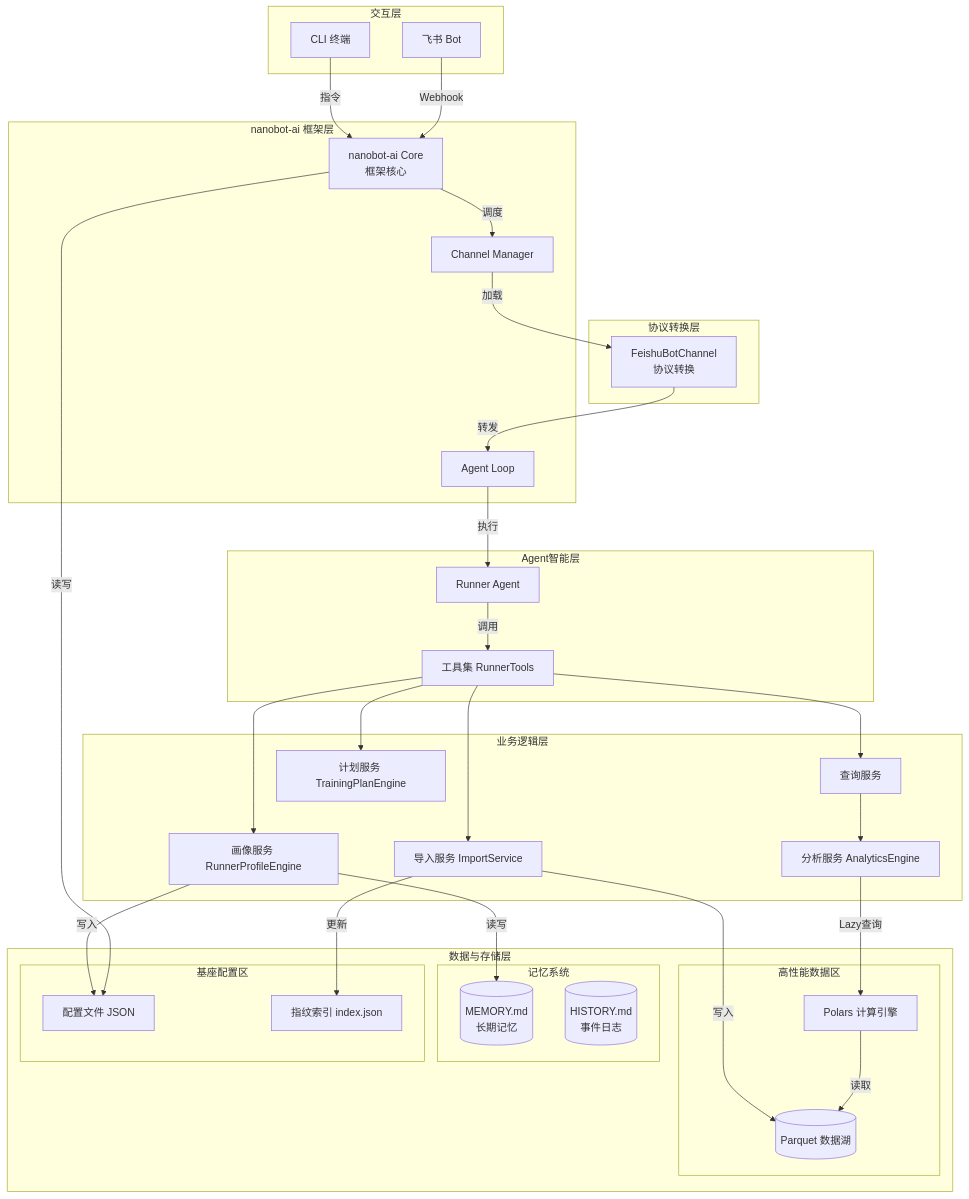
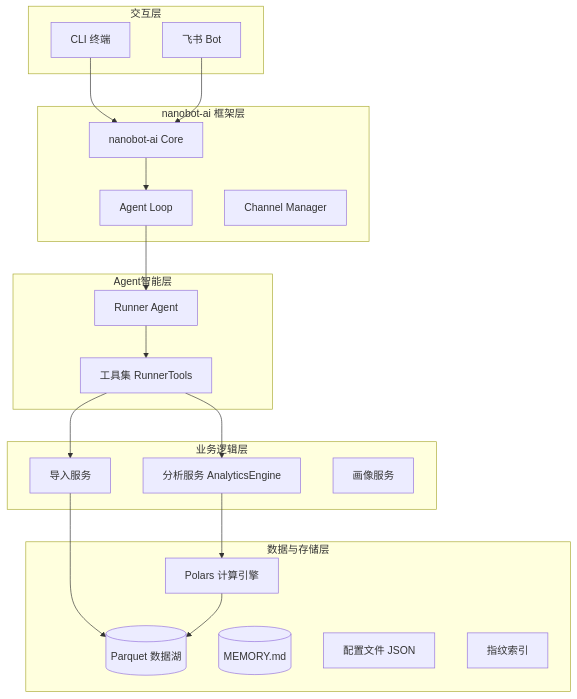
Before and after one commit to yecllsl/nanobot-runner: the first of 3 diagrams in docs/current/architecture/架构设计说明书.md, drawn with Mermaid. The commit also changed other lines of this file and 11 other files, not shown here.

````diff
--- a/docs/current/architecture/架构设计说明书.md
+++ b/docs/current/architecture/架构设计说明书.md
@@ -18,68 +20,43 @@
 ```mermaid
 graph TB
     subgraph "交互层"
         CLI[CLI 终端]
         Feishu[飞书 Bot]
     end
     
     subgraph "nanobot-ai 框架层"
-        Core[nanobot-ai Core<br/>框架核心]
+        Core[nanobot-ai Core]
         AgentLoop[Agent Loop]
         Channels[Channel Manager]
-    end
-    
-    subgraph "协议转换层"
-        FeishuChannel[FeishuBotChannel<br/>协议转换]
     end
     
     subgraph "Agent智能层"
         Agent[Runner Agent]
         Tools[工具集 RunnerTools]
     end
     
     subgraph "业务逻辑层"
-        ImportSvc[导入服务 ImportService]
-        QuerySvc[查询服务]
+        ImportSvc[导入服务]
         AnalysisSvc[分析服务 AnalyticsEngine]
-        ProfileSvc[画像服务 RunnerProfileEngine]
-        PlanSvc[计划服务 TrainingPlanEngine]
+        ProfileSvc[画像服务]
     end
     
     subgraph "数据与存储层"
-        subgraph "高性能数据区"
-            ParquetStore[(Parquet 数据湖)]
-            PolarsEngine[Polars 计算引擎]
-        end
-        subgraph "记忆系统"
-            MemoryMD[(MEMORY.md<br/>长期记忆)]
-            HistoryMD[(HISTORY.md<br/>事件日志)]
-        end
-        subgraph "基座配置区"
-            Config[配置文件 JSON]
-            Index[指纹索引 index.json]
-        end
+        ParquetStore[(Parquet 数据湖)]
+        PolarsEngine[Polars 计算引擎]
+        MemoryMD[(MEMORY.md)]
+        Config[配置文件 JSON]
+        Index[指纹索引]
     end
     
-    CLI -->|指令| Core
-    Feishu -->|Webhook| Core
-    Core -->|调度| Channels
-    Channels -->|加载| FeishuChannel
-    FeishuChannel -->|转发| AgentLoop
-    AgentLoop -->|执行| Agent
-    Agent -->|调用| Tools
-    
+    CLI --> Core
+    Feishu --> Core
+    Core --> AgentLoop
+    AgentLoop --> Agent
+    Agent --> Tools
     Tools --> ImportSvc
-    Tools --> QuerySvc
-    Tools --> ProfileSvc
-    Tools --> PlanSvc
-    
-    ImportSvc -->|写入| ParquetStore
-    ImportSvc -->|更新| Index
-    QuerySvc --> AnalysisSvc
-    AnalysisSvc -->|Lazy查询| PolarsEngine
-    PolarsEngine -->|读取| ParquetStore
-    ProfileSvc -->|读写| MemoryMD
-    ProfileSvc -->|写入| Config
-    
-    Core -->|读写| Config
+    Tools --> AnalysisSvc
+    ImportSvc --> ParquetStore
+    AnalysisSvc --> PolarsEngine
+    PolarsEngine --> ParquetStore
 ```
````
